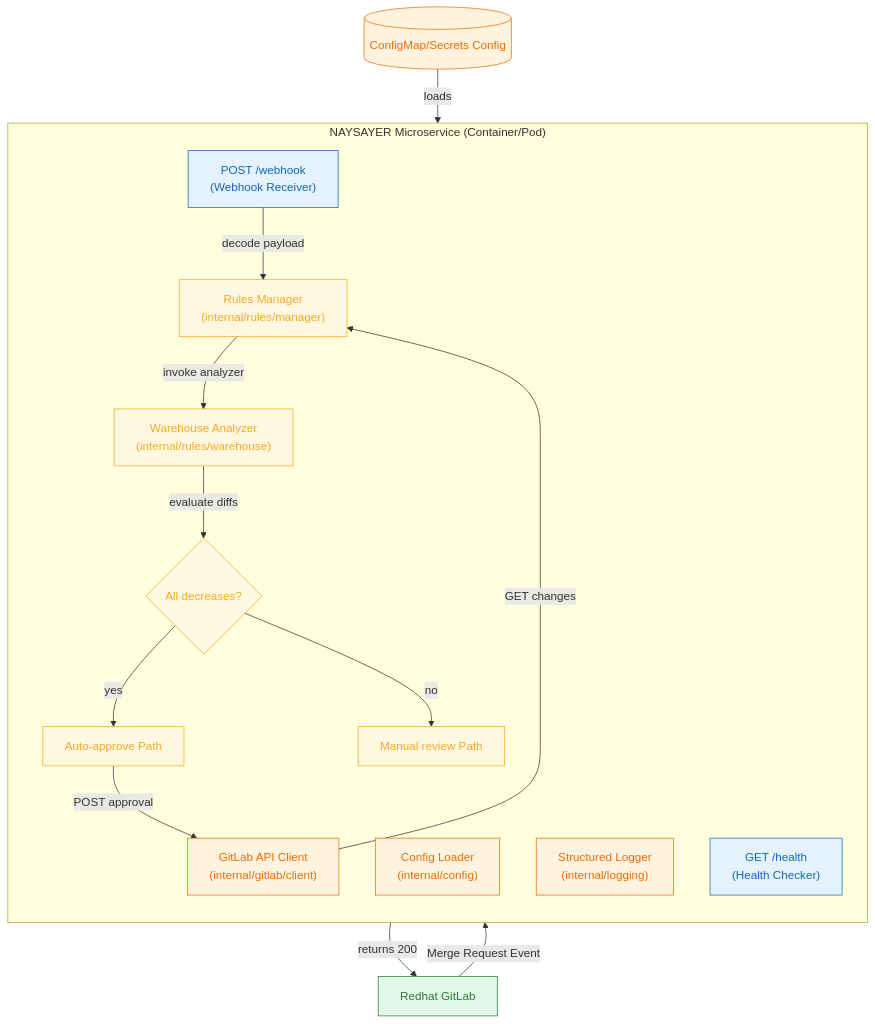
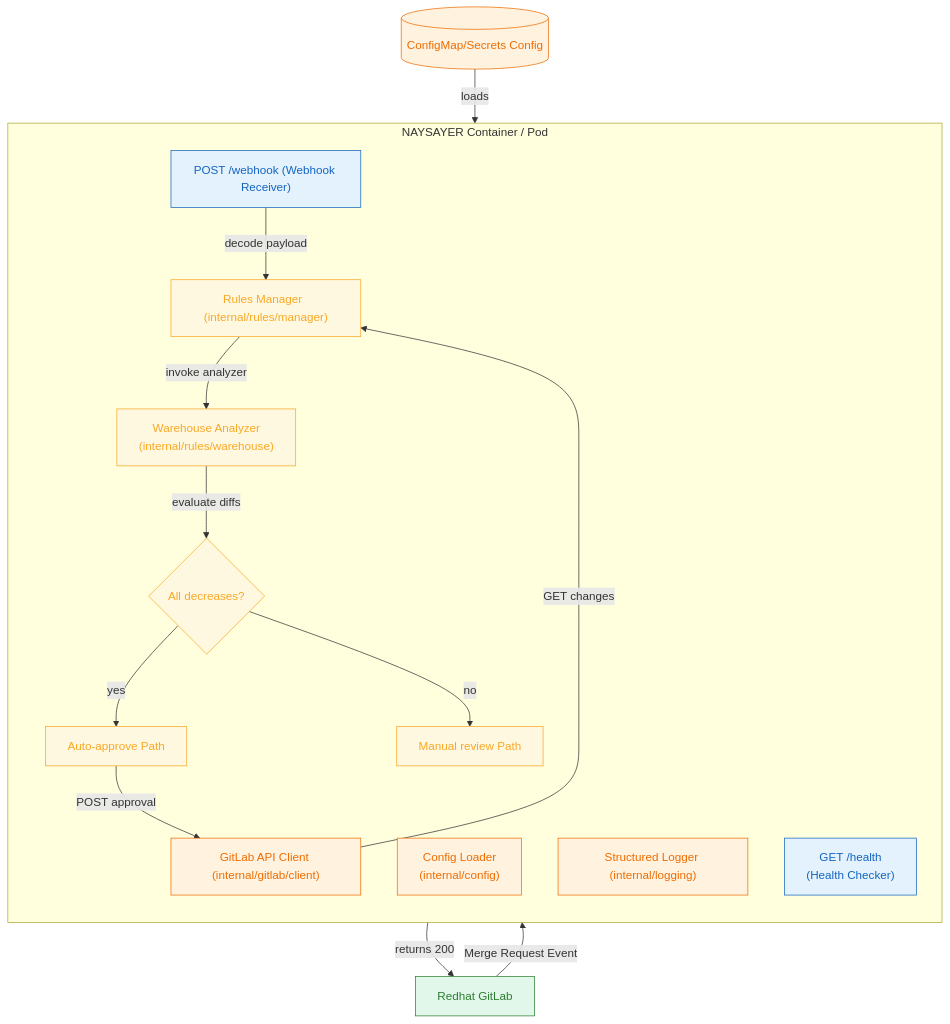
Before and after one commit to redhat-data-and-ai/naysayer: the diagram in README.md, drawn with Mermaid.

Commit message:
handle \n

````diff
--- a/README.md
+++ b/README.md
@@ -40,52 +40,54 @@
 ```mermaid
 flowchart TB
     %% External System
     GitLab["Redhat GitLab"]:::external
-    GitLab -->|"Merge Request Event"| Webhook["POST /webhook\n(Webhook Receiver)"]:::transport
+    GitLab -->|"Merge Request Event"| Webhook["POST /webhook (Webhook Receiver)"]:::transport
 
-  subgraph "NAYSAYER Microservice (Container/Pod)"
+  subgraph "NAYSAYER Container / Pod"
         direction TB
-        ConfigLoader["Config Loader \n (internal/config)"]:::infra
-        Logger["Structured Logger\n(internal/logging)"]:::infra
-        Health["GET /health\n(Health Checker)"]:::transport
+        ConfigLoader["Config Loader 
+        (internal/config)"]:::infra
+        Logger["Structured Logger (internal/logging)"]:::infra
+        Health["GET /health
+        (Health Checker)"]:::transport
         Webhook
-        RulesManager["Rules Manager\n(internal/rules/manager)"]:::business
-        WarehouseAnalyzer["Warehouse Analyzer\n(internal/rules/warehouse)"]:::business
+        RulesManager["Rules Manager  (internal/rules/manager)"]:::business
+        WarehouseAnalyzer["Warehouse Analyzer \n(internal/rules/warehouse)"]:::business
         Decision{"All decreases?"}:::business
         AutoApprove["Auto-approve Path"]:::business
         ManualReview["Manual review Path"]:::business
-        GitLabClient["GitLab API Client\n(internal/gitlab/client)"]:::infra
+        GitLabClient["GitLab API Client (internal/gitlab/client)"]:::infra
     end
 
     %% ConfigMap/Secrets
     ConfigMap[(ConfigMap/Secrets Config)]:::infra
     ConfigMap -->|loads| ConfigLoader
 
     %% Internal Flow
     Webhook -->|decode payload| RulesManager
     RulesManager -->|invoke analyzer| WarehouseAnalyzer
     WarehouseAnalyzer -->|evaluate diffs| Decision
     Decision -->|yes| AutoApprove
     Decision -->|no| ManualReview
     AutoApprove -->|POST approval| GitLabClient
     GitLabClient -->|GET changes| RulesManager
 
     %% Health Check Flow
     Health -->|returns 200| GitLab
 
     %% Click Events
     click Webhook "https://github.com/redhat-data-and-ai/naysayer/blob/main/cmd/main.go"
     click Health "https://github.com/redhat-data-and-ai/naysayer/blob/main/internal/webhook/health.go"
     click ConfigLoader "https://github.com/redhat-data-and-ai/naysayer/blob/main/internal/config/config.go"
     click ConfigMap "https://github.com/redhat-data-and-ai/naysayer/tree/main/config/"
     click GitLabClient "https://github.com/redhat-data-and-ai/naysayer/blob/main/internal/gitlab/client.go"
     click RulesManager "https://github.com/redhat-data-and-ai/naysayer/blob/main/internal/rules/manager.go"
     click WarehouseAnalyzer "https://github.com/redhat-data-and-ai/naysayer/blob/main/internal/rules/warehouse/analyzer.go"
     click Logger "https://github.com/redhat-data-and-ai/naysayer/blob/main/internal/logging/logger.go"
 
     %% Styles
     classDef external fill:#e0f7e9,stroke:#2e7d32,color:#2e7d32;
     classDef transport fill:#e3f2fd,stroke:#1565c0,color:#1565c0;
     classDef business fill:#fff8e1,stroke:#f9a825,color:#f9a825;
     classDef infra fill:#fff3e0,stroke:#ef6c00,color:#ef6c00;
 ```
````
